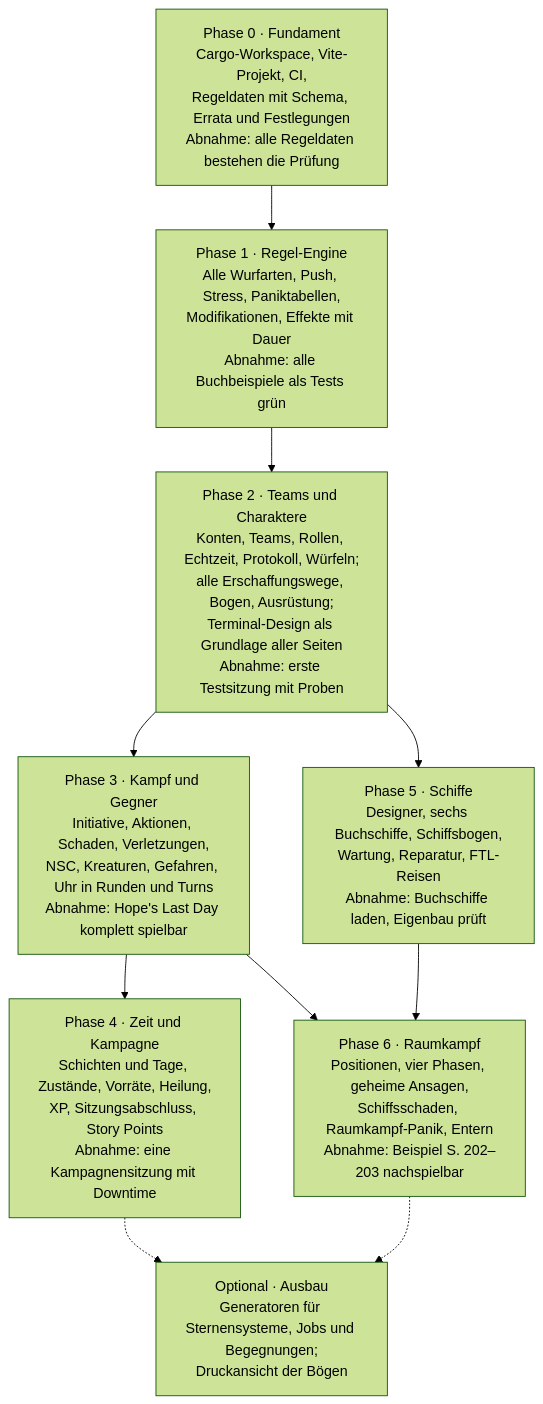
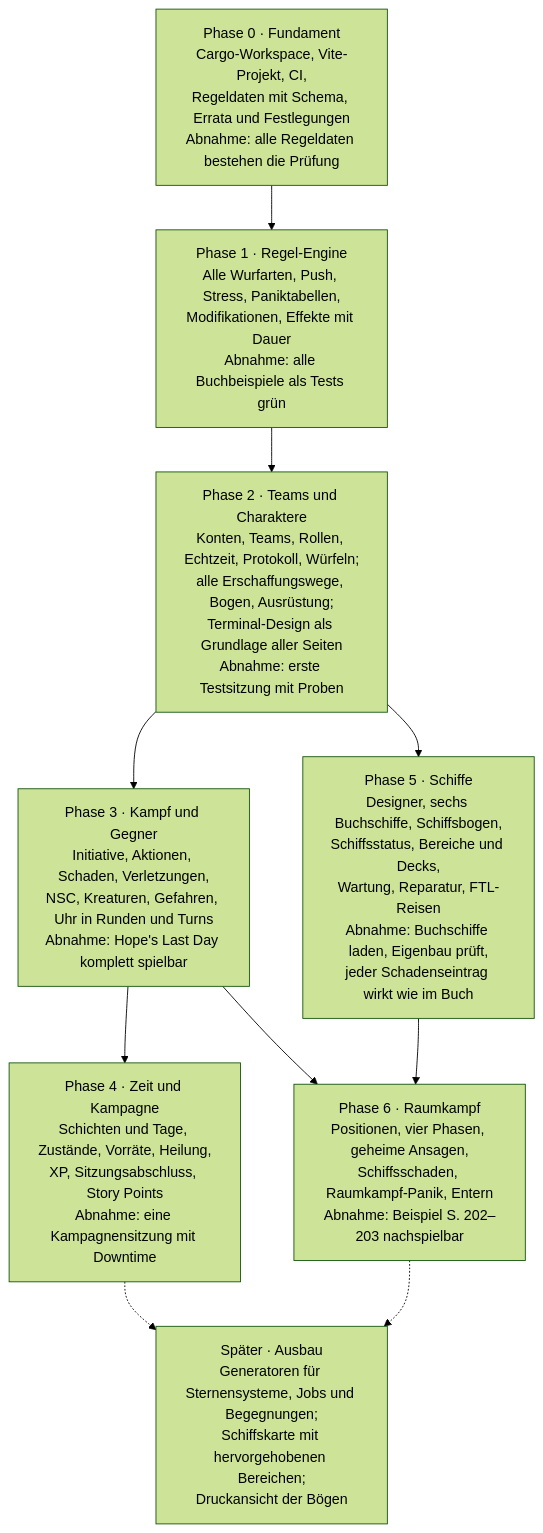
One commit to peddn/xenoforge changed the third of 3 diagrams in docs/PLAN.md. Above: the diagram before and after it, drawn with Mermaid (forest theme). The commit also changed other lines of this file and 1 other file, not shown here.

First line of the commit message:
Plan: ship status, areas and decks, game master overview

````diff
--- a/docs/PLAN.md
+++ b/docs/PLAN.md
@@ -609,16 +705,16 @@
 ```mermaid
 flowchart TD
     p0["Phase 0 · Fundament<br/>Cargo-Workspace, Vite-Projekt, CI,<br/>Regeldaten mit Schema, Errata und Festlegungen<br/>Abnahme: alle Regeldaten bestehen die Prüfung"]
     p1["Phase 1 · Regel-Engine<br/>Alle Wurfarten, Push, Stress, Paniktabellen,<br/>Modifikationen, Effekte mit Dauer<br/>Abnahme: alle Buchbeispiele als Tests grün"]
     p2["Phase 2 · Teams und Charaktere<br/>Konten, Teams, Rollen, Echtzeit, Protokoll, Würfeln;<br/>alle Erschaffungswege, Bogen, Ausrüstung;<br/>Terminal-Design als Grundlage aller Seiten<br/>Abnahme: erste Testsitzung mit Proben"]
     p3["Phase 3 · Kampf und Gegner<br/>Initiative, Aktionen, Schaden, Verletzungen,<br/>NSC, Kreaturen, Gefahren, Uhr in Runden und Turns<br/>Abnahme: Hope's Last Day komplett spielbar"]
     p4["Phase 4 · Zeit und Kampagne<br/>Schichten und Tage, Zustände, Vorräte, Heilung,<br/>XP, Sitzungsabschluss, Story Points<br/>Abnahme: eine Kampagnensitzung mit Downtime"]
-    p5["Phase 5 · Schiffe<br/>Designer, sechs Buchschiffe, Schiffsbogen,<br/>Wartung, Reparatur, FTL-Reisen<br/>Abnahme: Buchschiffe laden, Eigenbau prüft"]
+    p5["Phase 5 · Schiffe<br/>Designer, sechs Buchschiffe, Schiffsbogen,<br/>Schiffsstatus, Bereiche und Decks,<br/>Wartung, Reparatur, FTL-Reisen<br/>Abnahme: Buchschiffe laden, Eigenbau prüft,<br/>jeder Schadenseintrag wirkt wie im Buch"]
     p6["Phase 6 · Raumkampf<br/>Positionen, vier Phasen, geheime Ansagen,<br/>Schiffsschaden, Raumkampf-Panik, Entern<br/>Abnahme: Beispiel S. 202–203 nachspielbar"]
-    p7["Optional · Ausbau<br/>Generatoren für Sternensysteme, Jobs und Begegnungen;<br/>Druckansicht der Bögen"]
+    p7["Später · Ausbau<br/>Generatoren für Sternensysteme, Jobs und Begegnungen;<br/>Schiffskarte mit hervorgehobenen Bereichen;<br/>Druckansicht der Bögen"]
     p0 --> p1 --> p2 --> p3 --> p4
     p2 --> p5 --> p6
     p3 --> p6
     p4 -.-> p7
     p6 -.-> p7
 ```
````
